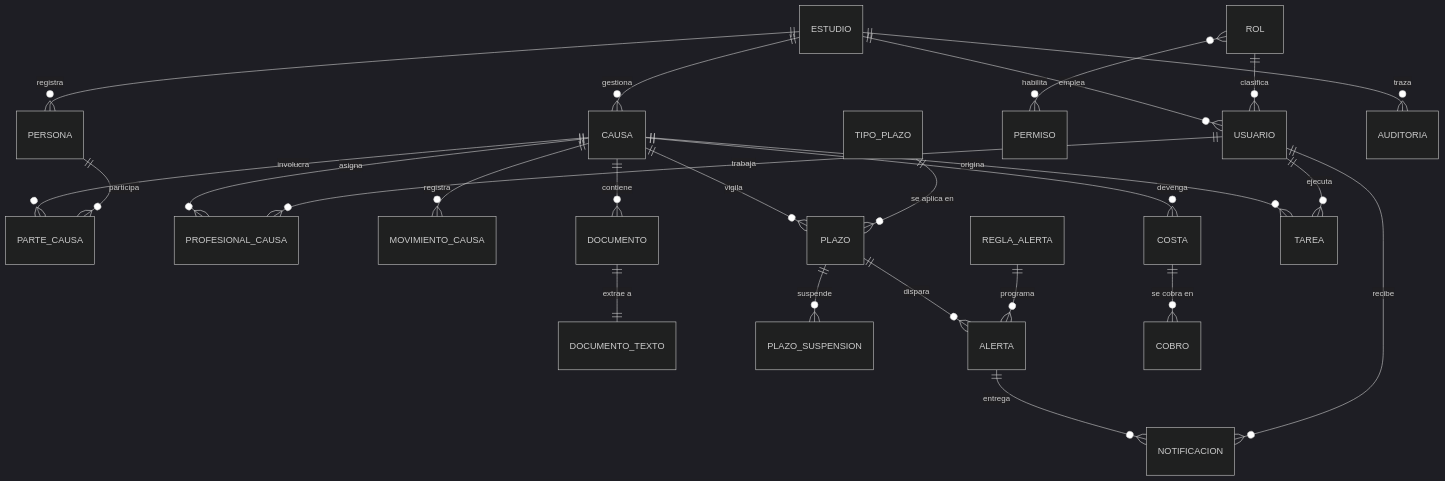
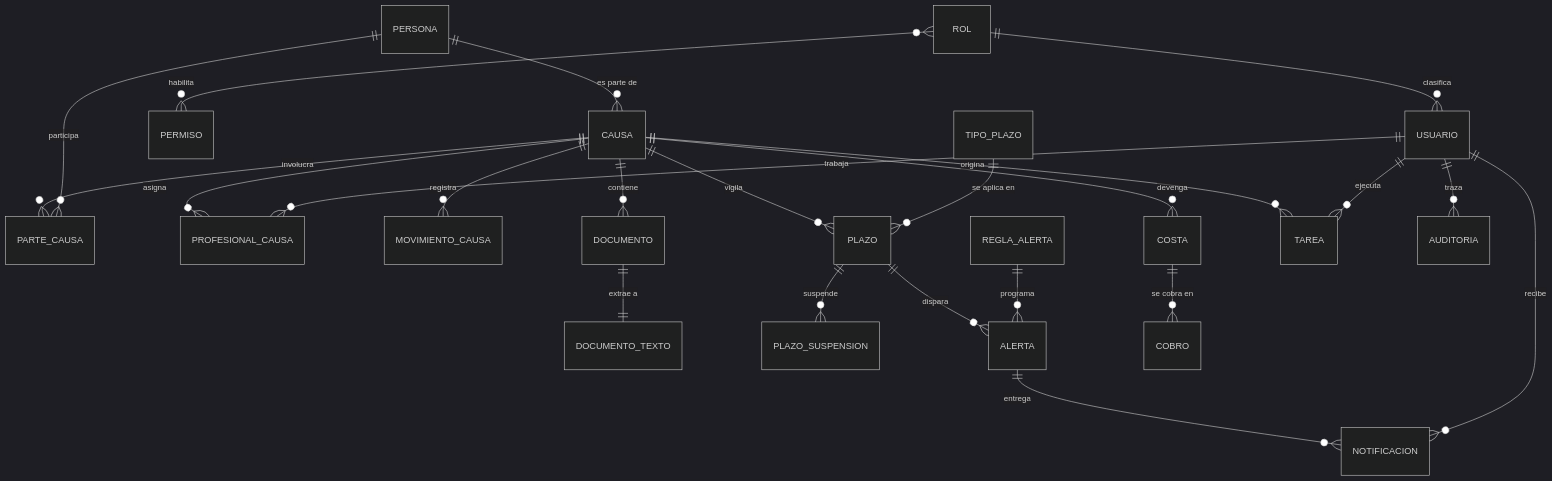
Before and after one commit to martinmaine/sistemalegal: the first of 3 diagrams in docs/esquema-base-de-datos.md, drawn with Mermaid (dark theme). The commit also changed other lines of this file and 18 other files, not shown here.

````diff
--- a/docs/esquema-base-de-datos.md
+++ b/docs/esquema-base-de-datos.md
@@ -85,32 +86,30 @@
 ```mermaid
 erDiagram
-    ESTUDIO      ||--o{ USUARIO      : emplea
-    ESTUDIO      ||--o{ CAUSA        : gestiona
-    ESTUDIO      ||--o{ PERSONA      : registra
     ROL          ||--o{ USUARIO      : clasifica
     ROL          }o--o{ PERMISO      : habilita
 
     CAUSA        ||--o{ PARTE_CAUSA        : involucra
     PERSONA      ||--o{ PARTE_CAUSA        : participa
+    PERSONA      ||--o{ CAUSA              : "es parte de"
     CAUSA        ||--o{ PROFESIONAL_CAUSA  : asigna
     USUARIO      ||--o{ PROFESIONAL_CAUSA  : trabaja
     CAUSA        ||--o{ MOVIMIENTO_CAUSA   : registra
 
     CAUSA        ||--o{ DOCUMENTO    : contiene
     DOCUMENTO    ||--|| DOCUMENTO_TEXTO : "extrae a"
 
     CAUSA        ||--o{ PLAZO        : vigila
     TIPO_PLAZO   ||--o{ PLAZO        : "se aplica en"
     PLAZO        ||--o{ PLAZO_SUSPENSION : suspende
     PLAZO        ||--o{ ALERTA       : dispara
     REGLA_ALERTA ||--o{ ALERTA       : programa
     ALERTA       ||--o{ NOTIFICACION : entrega
     USUARIO      ||--o{ NOTIFICACION : recibe
 
     CAUSA        ||--o{ COSTA        : devenga
     COSTA        ||--o{ COBRO        : "se cobra en"
 
     CAUSA        ||--o{ TAREA        : origina
     USUARIO      ||--o{ TAREA        : ejecuta
-    ESTUDIO      ||--o{ AUDITORIA    : traza
+    USUARIO      ||--o{ AUDITORIA    : traza
 ```
````
